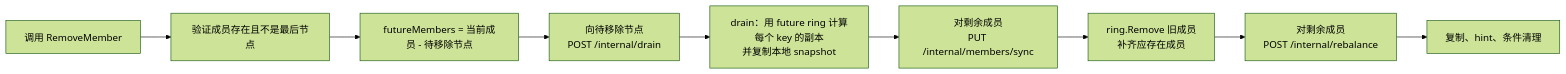
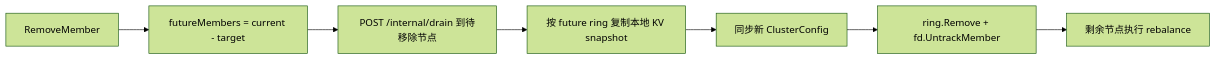
One commit to huanzichen00/minidist changed the ninth of 9 diagrams in ARCHITECTURE.md. Above: the diagram before and after it, drawn with Mermaid (forest theme). The commit also changed other lines of this file, not shown here.

Commit message:
docs: update architecture for object storage layer

````diff
--- a/ARCHITECTURE.md
+++ b/ARCHITECTURE.md
@@ -281,11 +455,9 @@
 ```mermaid
 flowchart LR
-    A[调用 RemoveMember] --> B[验证成员存在且不是最后节点]
-    B --> C[futureMembers = 当前成员 - 待移除节点]
-    C --> D[向待移除节点\nPOST /internal/drain]
-    D --> E[drain：用 future ring 计算每个 key 的副本\n并复制本地 snapshot]
-    E --> F[对剩余成员\nPUT /internal/members/sync]
-    F --> G[ring.Remove 旧成员\n补齐应存在成员]
-    G --> H[对剩余成员\nPOST /internal/rebalance]
-    H --> I[复制、hint、条件清理]
+    A[RemoveMember] --> B[futureMembers = current - target]
+    B --> C[POST /internal/drain 到待移除节点]
+    C --> D[按 future ring 复制本地 KV snapshot]
+    D --> E[同步新 ClusterConfig]
+    E --> F[ring.Remove + fd.UntrackMember]
+    F --> G[剩余节点执行 rebalance]
 ```
````
